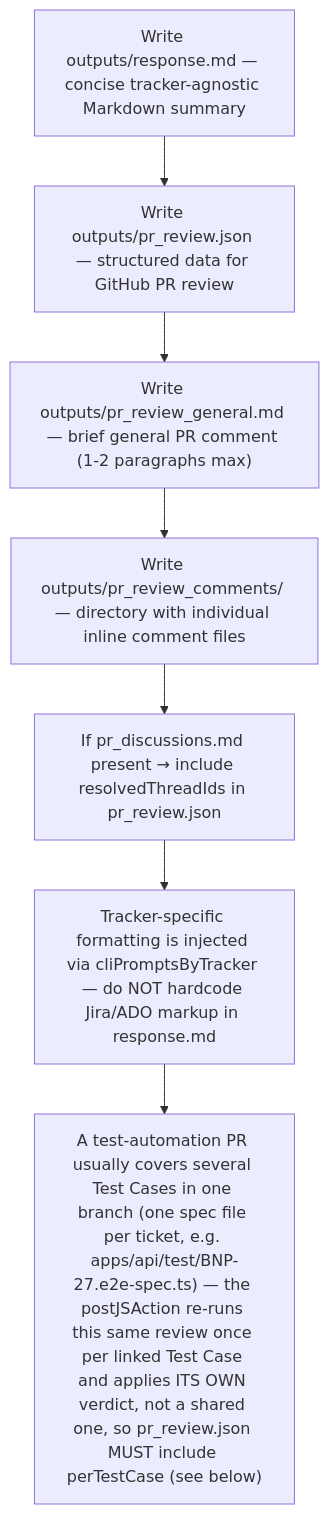
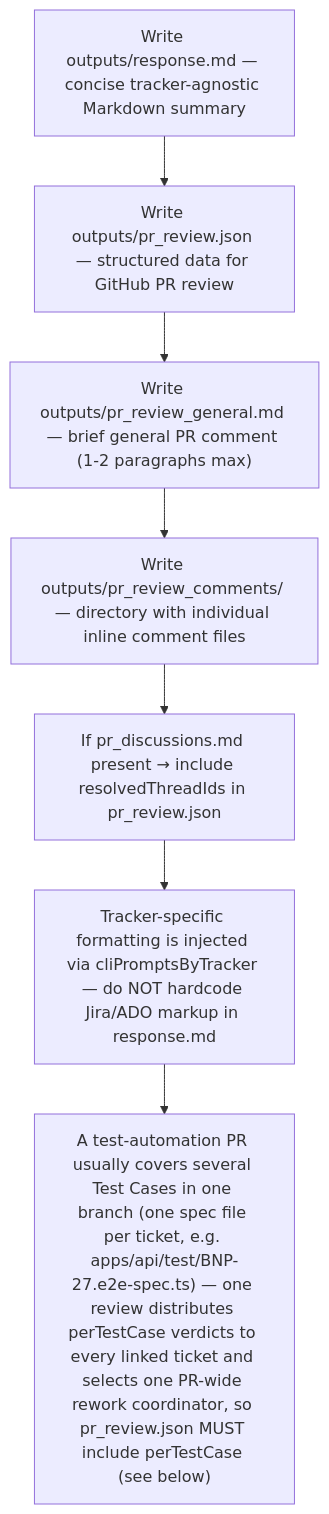
One commit to kejno/bonapp changed the diagram in .dmtools/agents/instructions/pr_test_automation_review/output_rules.md. Above: the diagram before and after it, drawn with Mermaid. The commit also changed 4 other files, not shown here.

Commit message:
feat(test-review): coordinate rework per shared PR

````diff
--- a/.dmtools/agents/instructions/pr_test_automation_review/output_rules.md
+++ b/.dmtools/agents/instructions/pr_test_automation_review/output_rules.md
@@ -1,11 +1,11 @@
 ```mermaid
 flowchart TD
     O1["Write outputs/response.md — concise tracker-agnostic Markdown summary"]
     O2["Write outputs/pr_review.json — structured data for GitHub PR review"]
     O3["Write outputs/pr_review_general.md — brief general PR comment (1-2 paragraphs max)"]
     O4["Write outputs/pr_review_comments/ — directory with individual inline comment files"]
     O5["If pr_discussions.md present → include resolvedThreadIds in pr_review.json"]
     O6["Tracker-specific formatting is injected via cliPromptsByTracker — do NOT hardcode Jira/ADO markup in response.md"]
-    O7["A test-automation PR usually covers several Test Cases in one branch (one spec file per ticket, e.g. apps/api/test/BNP-27.e2e-spec.ts) — the postJSAction re-runs this same review once per linked Test Case and applies ITS OWN verdict, not a shared one, so pr_review.json MUST include perTestCase (see below)"]
+    O7["A test-automation PR usually covers several Test Cases in one branch (one spec file per ticket, e.g. apps/api/test/BNP-27.e2e-spec.ts) — one review distributes perTestCase verdicts to every linked ticket and selects one PR-wide rework coordinator, so pr_review.json MUST include perTestCase (see below)"]
     O1 --> O2 --> O3 --> O4 --> O5 --> O6 --> O7
 ```
````
